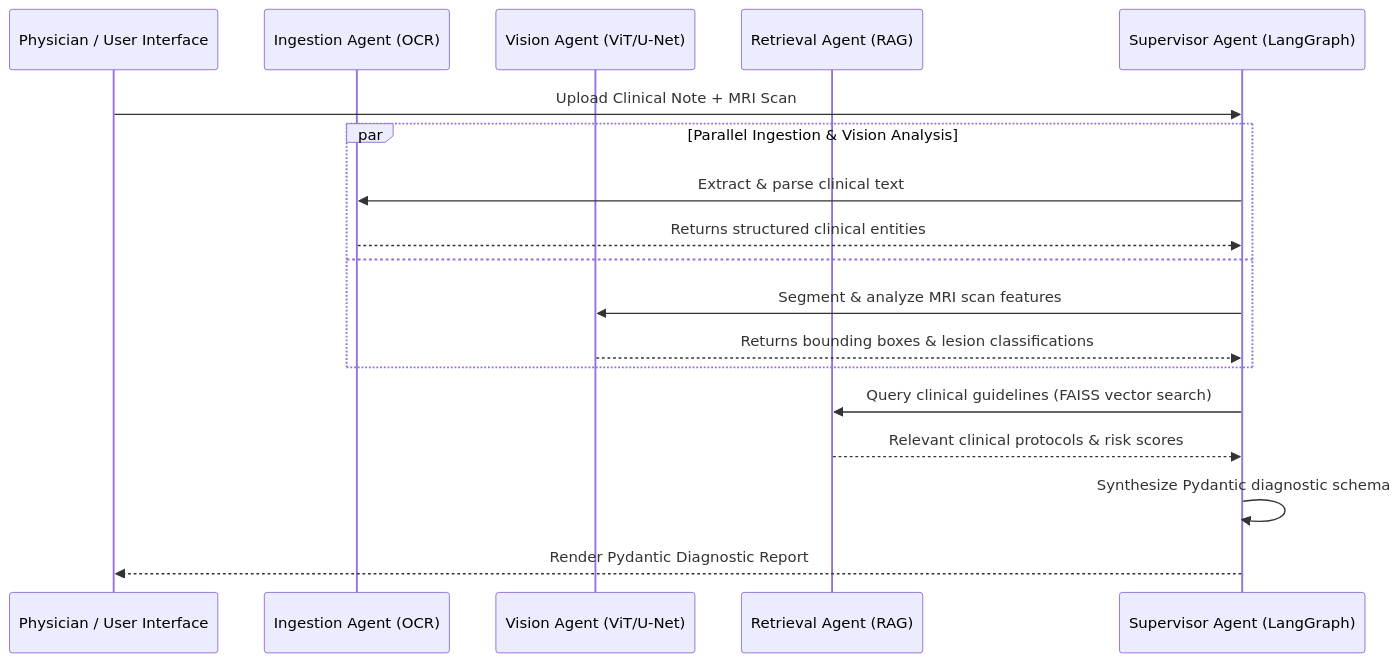
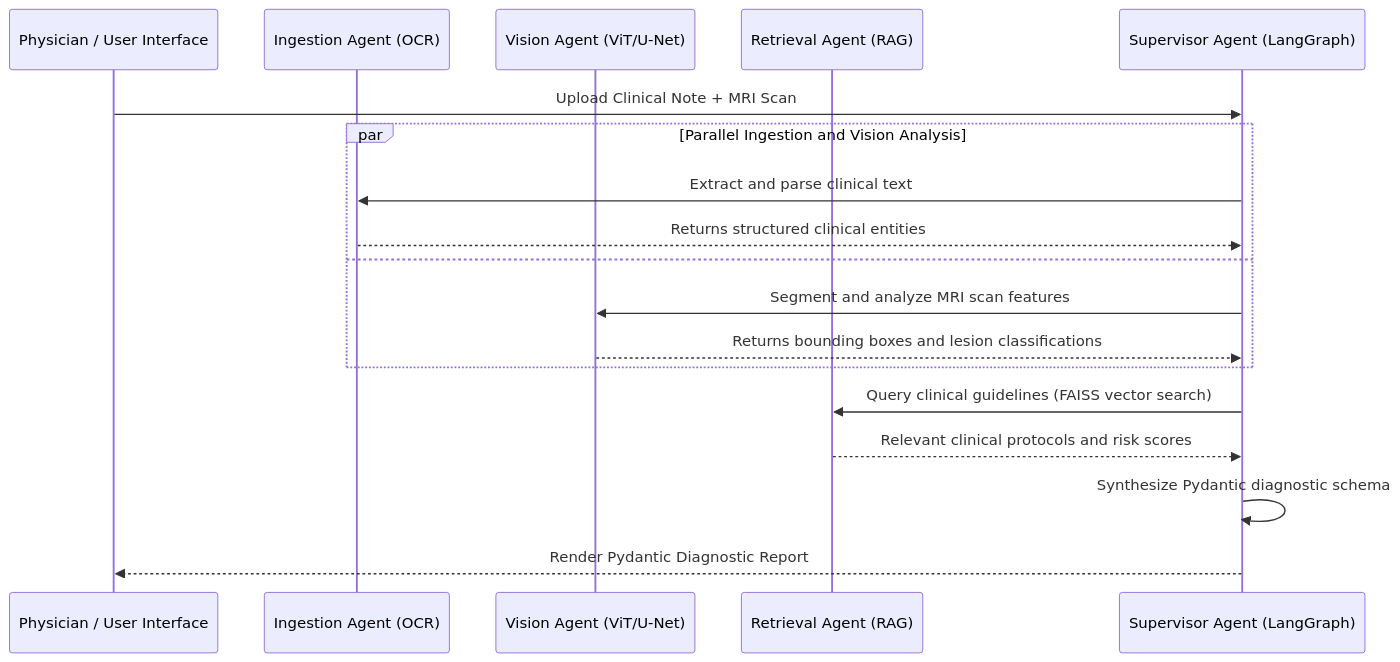
Before and after one commit to siddarth1872004/SynapseMed: the second of 2 diagrams in README.md, drawn with Mermaid. The commit also changed other lines of this file, not shown here.

Commit message:
fix: quote Mermaid node labels to fix GitHub diagram rendering

````diff
--- a/README.md
+++ b/README.md
@@ -62,21 +73,21 @@
 ```mermaid
 sequenceDiagram
     participant Physician as Physician / User Interface
     participant Ingestion as Ingestion Agent (OCR)
     participant Vision as Vision Agent (ViT/U-Net)
     participant Retrieval as Retrieval Agent (RAG)
     participant Supervisor as Supervisor Agent (LangGraph)
 
     Physician->>Supervisor: Upload Clinical Note + MRI Scan
-    par Parallel Ingestion & Vision Analysis
-        Supervisor->>Ingestion: Extract & parse clinical text
+    par Parallel Ingestion and Vision Analysis
+        Supervisor->>Ingestion: Extract and parse clinical text
         Ingestion-->>Supervisor: Returns structured clinical entities
     and
-        Supervisor->>Vision: Segment & analyze MRI scan features
-        Vision-->>Supervisor: Returns bounding boxes & lesion classifications
+        Supervisor->>Vision: Segment and analyze MRI scan features
+        Vision-->>Supervisor: Returns bounding boxes and lesion classifications
     end
     Supervisor->>Retrieval: Query clinical guidelines (FAISS vector search)
-    Retrieval-->>Supervisor: Relevant clinical protocols & risk scores
+    Retrieval-->>Supervisor: Relevant clinical protocols and risk scores
     Supervisor->>Supervisor: Synthesize Pydantic diagnostic schema
     Supervisor-->>Physician: Render Pydantic Diagnostic Report
 ```
````
